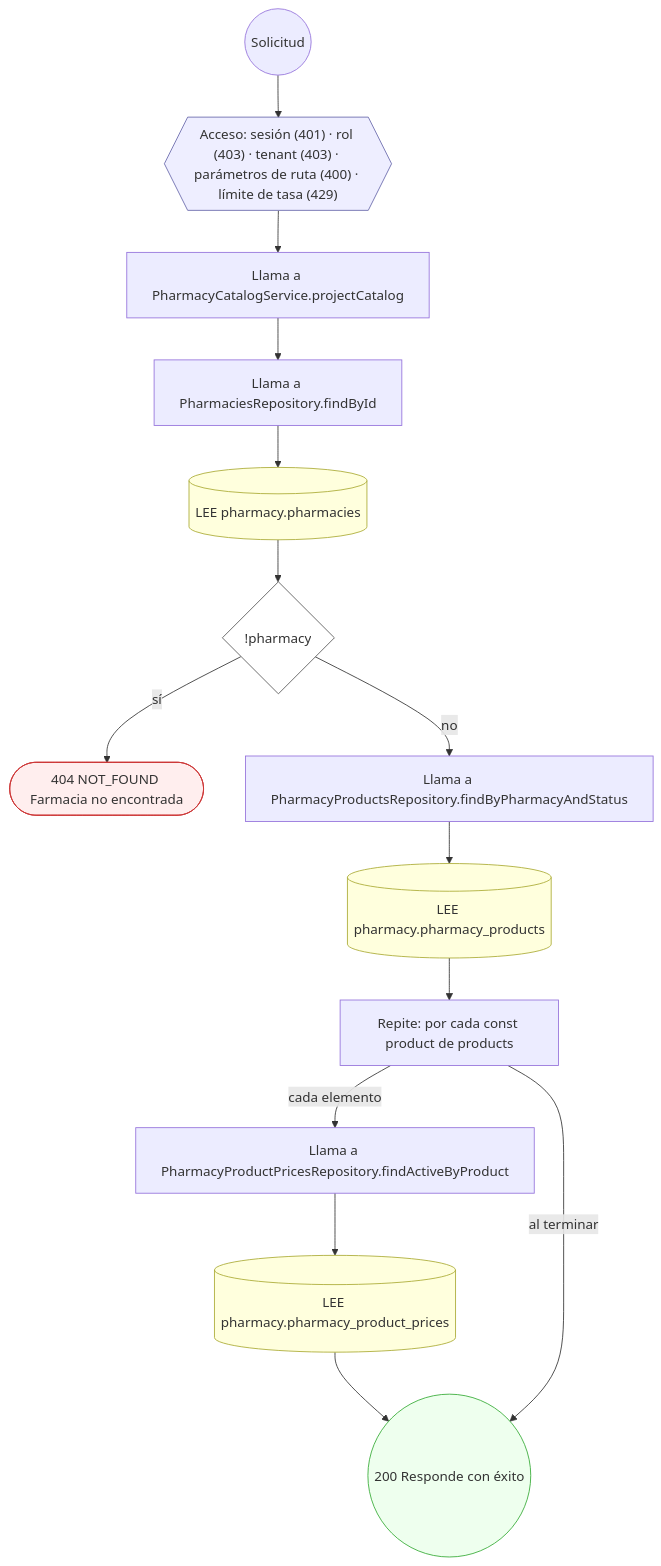
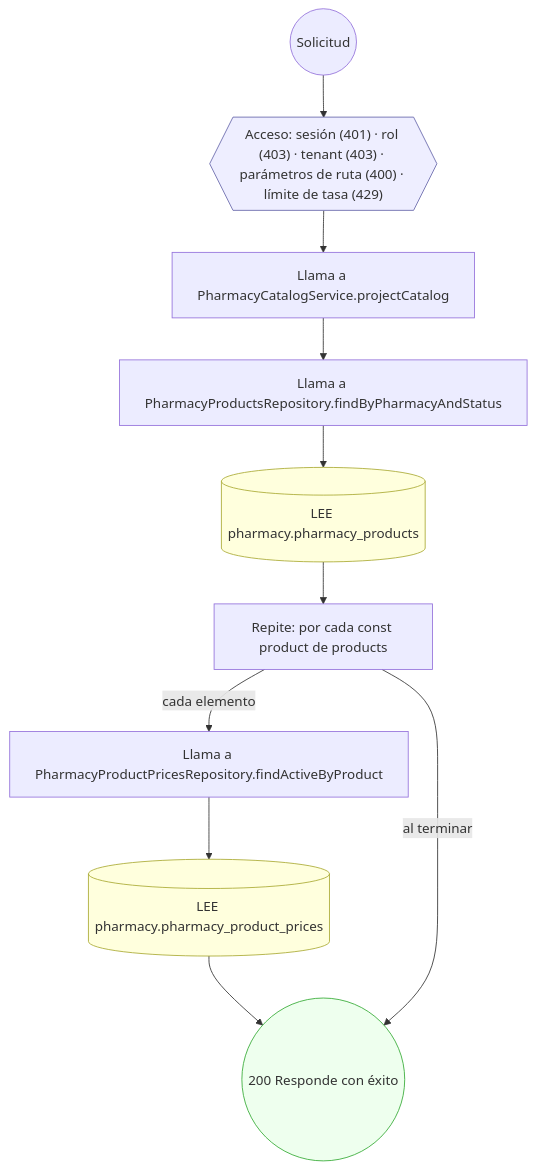
Diagram 14 of 21 in docs/inventario/flujos/pharmacy.md (mdavila-2001/mantra-core-health-api), drawn with Mermaid before and after one commit. The commit also changed other lines of this file and 438 other files, not shown here.

````diff
--- a/docs/inventario/flujos/pharmacy.md
+++ b/docs/inventario/flujos/pharmacy.md
@@ -1071,35 +1046,27 @@
 ```mermaid
 flowchart TD
   n1(("Solicitud")):::inicio
   n2{{"Acceso: sesión (401) · rol (403) · tenant (403) · parámetros de ruta (400) · límite de tasa (429)"}}:::acceso
   n1 --> n2
   n3["Llama a PharmacyCatalogService.projectCatalog"]:::llamada
   n2 --> n3
-  n4["Llama a PharmaciesRepository.findById"]:::llamada
+  n4["Llama a PharmacyProductsRepository.findByPharmacyAndStatus"]:::llamada
   n3 --> n4
-  n5[("LEE pharmacy.pharmacies")]:::efecto
+  n5[("LEE pharmacy.pharmacy_products")]:::efecto
   n4 --> n5
-  n6{"!pharmacy"}:::decision
+  n6["Repite: por cada const product de products"]:::bucle
   n5 --> n6
-  n7(["404 NOT_FOUND Farmacia no encontrada"]):::error
-  n6 -->|"sí"| n7
-  n8["Llama a PharmacyProductsRepository.findByPharmacyAndStatus"]:::llamada
-  n6 -->|"no"| n8
-  n9[("LEE pharmacy.pharmacy_products")]:::efecto
+  n7["Llama a PharmacyProductPricesRepository.findActiveByProduct"]:::llamada
+  n6 -->|"cada elemento"| n7
+  n8[("LEE pharmacy.pharmacy_product_prices")]:::efecto
+  n7 --> n8
+  n9(("200 Responde con éxito")):::ok
   n8 --> n9
-  n10["Repite: por cada const product de products"]:::bucle
-  n9 --> n10
-  n11["Llama a PharmacyProductPricesRepository.findActiveByProduct"]:::llamada
-  n10 -->|"cada elemento"| n11
-  n12[("LEE pharmacy.pharmacy_product_prices")]:::efecto
-  n11 --> n12
-  n13(("200 Responde con éxito")):::ok
-  n12 --> n13
-  n10 -->|"al terminar"| n13
+  n6 -->|"al terminar"| n9
   classDef acceso fill:#eef,stroke:#66a
   classDef error fill:#fee,stroke:#c33
   classDef ok fill:#efe,stroke:#3a3
   classDef efecto fill:#ffd,stroke:#aa3
   classDef decision fill:#fff,stroke:#555
   classDef corte fill:#eee,stroke:#999,stroke-dasharray: 4
 ```
````
